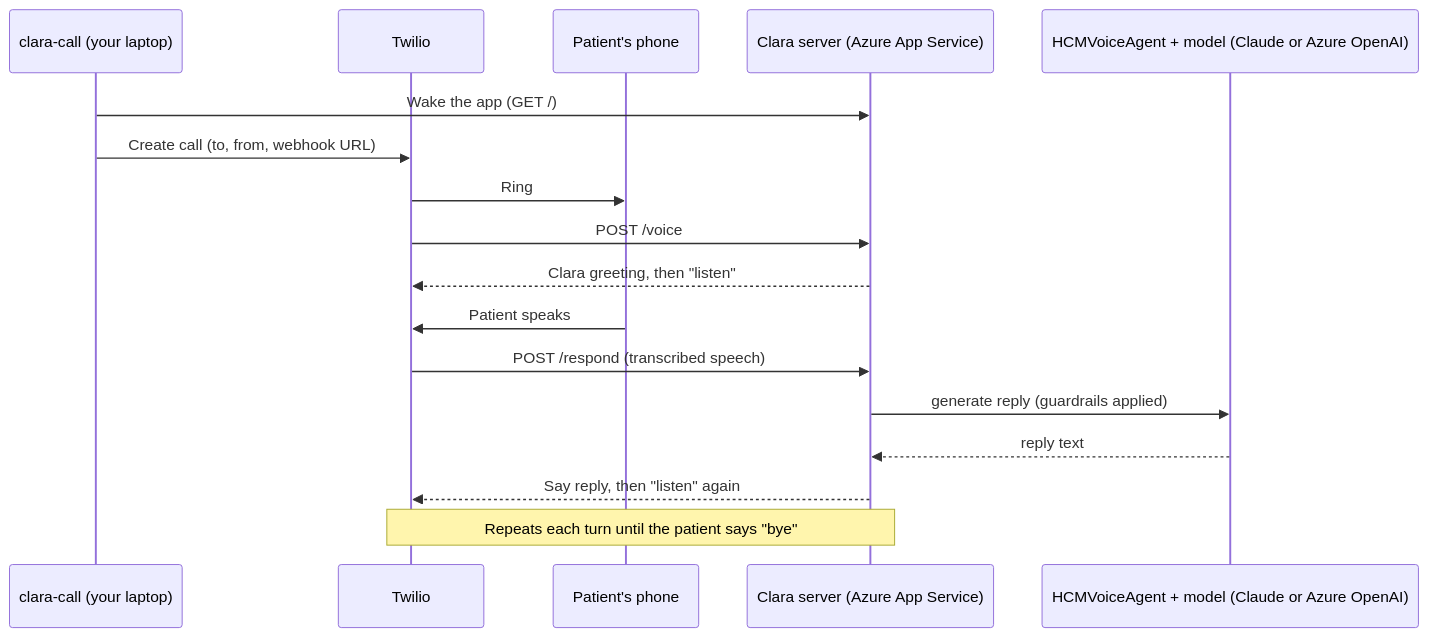
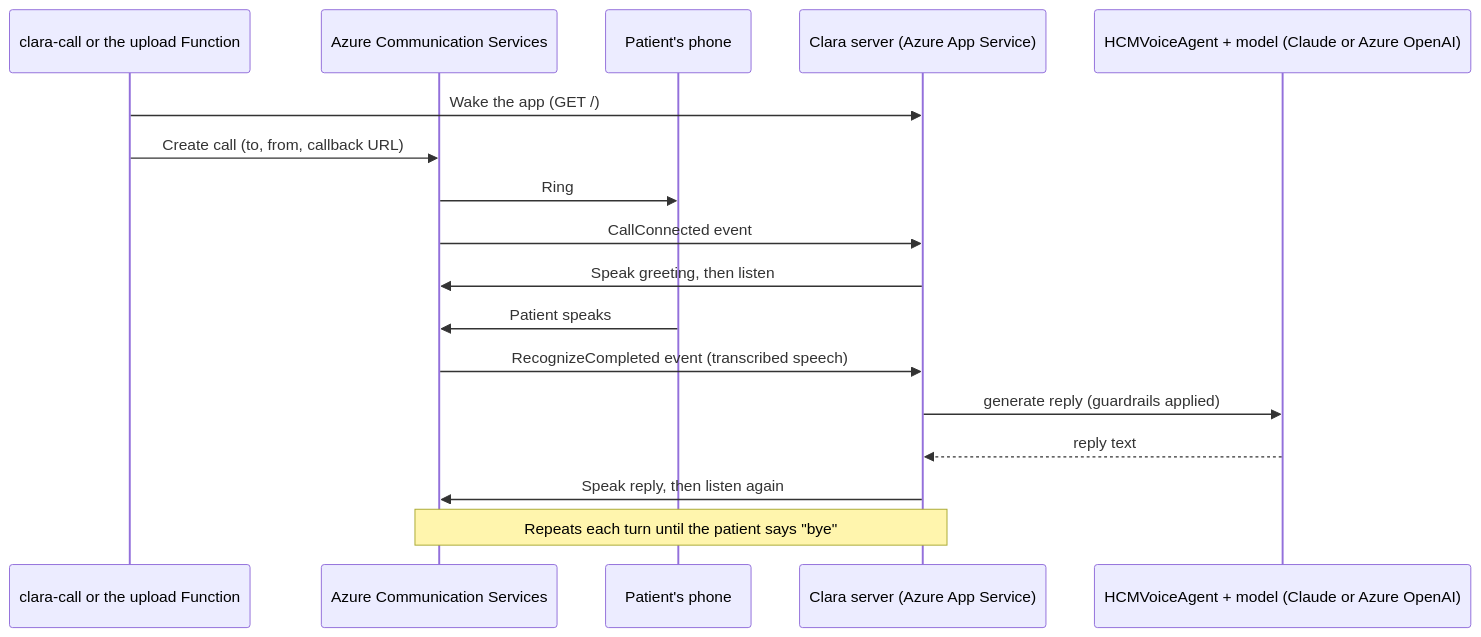
The diagram in docs/GETTING_STARTED.md (yashvadlamani/hcm-agent), drawn with Mermaid before and after one commit. The commit also changed other lines of this file and 22 other files, not shown here.

First line of the commit message:
Replace Twilio with Azure Communication Services for calls

````diff
--- a/docs/GETTING_STARTED.md
+++ b/docs/GETTING_STARTED.md
@@ -47,20 +47,20 @@
 ```mermaid
 sequenceDiagram
-    participant Dev as clara-call (your laptop)
-    participant T as Twilio
+    participant Dev as clara-call or the upload Function
+    participant C as Azure Communication Services
     participant P as Patient's phone
     participant S as Clara server (Azure App Service)
     participant A as HCMVoiceAgent + model (Claude or Azure OpenAI)
 
     Dev->>S: Wake the app (GET /)
-    Dev->>T: Create call (to, from, webhook URL)
-    T->>P: Ring
-    T->>S: POST /voice
-    S-->>T: Clara greeting, then "listen"
-    P->>T: Patient speaks
-    T->>S: POST /respond (transcribed speech)
+    Dev->>C: Create call (to, from, callback URL)
+    C->>P: Ring
+    C->>S: CallConnected event
+    S->>C: Speak greeting, then listen
+    P->>C: Patient speaks
+    C->>S: RecognizeCompleted event (transcribed speech)
     S->>A: generate reply (guardrails applied)
     A-->>S: reply text
-    S-->>T: Say reply, then "listen" again
-    Note over T,S: Repeats each turn until the patient says "bye"
+    S->>C: Speak reply, then listen again
+    Note over C,S: Repeats each turn until the patient says "bye"
 ```
````
